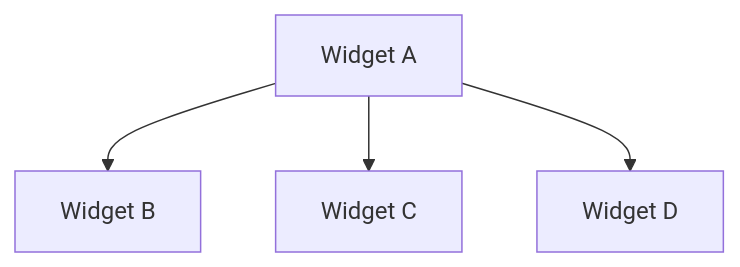
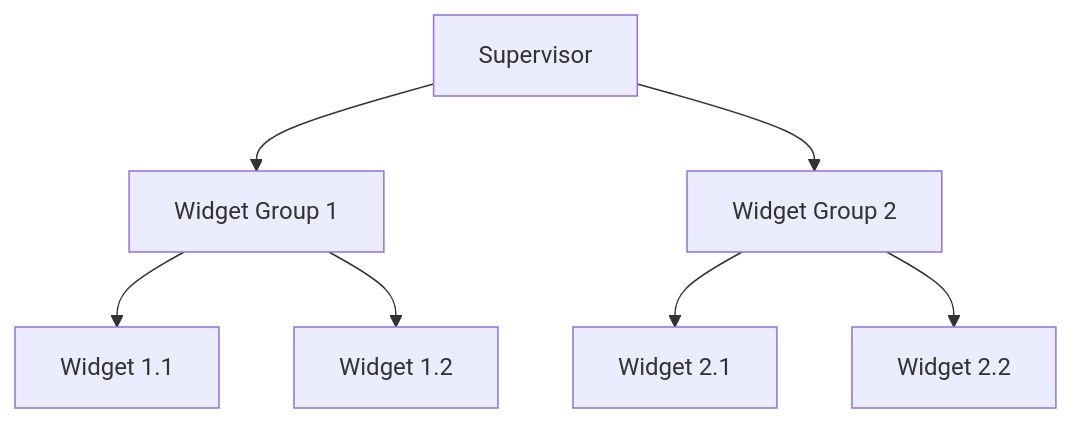
One commit to usirin/monorepo changed the fifth of 7 diagrams in dream/001-widget-communication.md. Above: the diagram before and after it, drawn with Mermaid. The commit also changed other lines of this file, not shown here.

````diff
--- a/dream/001-widget-communication.md
+++ b/dream/001-widget-communication.md
@@ -38,6 +85,9 @@
 ```mermaid
 graph TD
-    A[Widget A] --> B[Widget B]
-    A --> C[Widget C]
-    A --> D[Widget D]
+    A[Supervisor] --> B[Widget Group 1]
+    A --> C[Widget Group 2]
+    B --> D[Widget 1.1]
+    B --> E[Widget 1.2]
+    C --> F[Widget 2.1]
+    C --> G[Widget 2.2]
 ```
````
